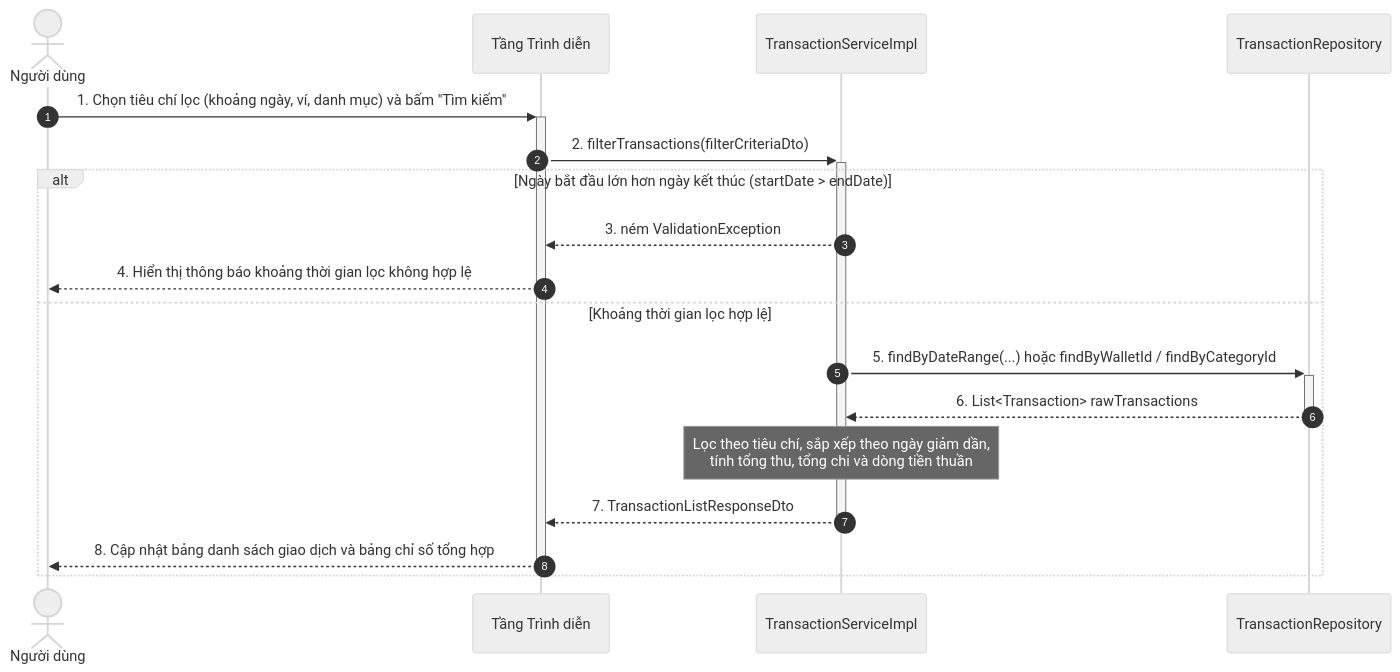
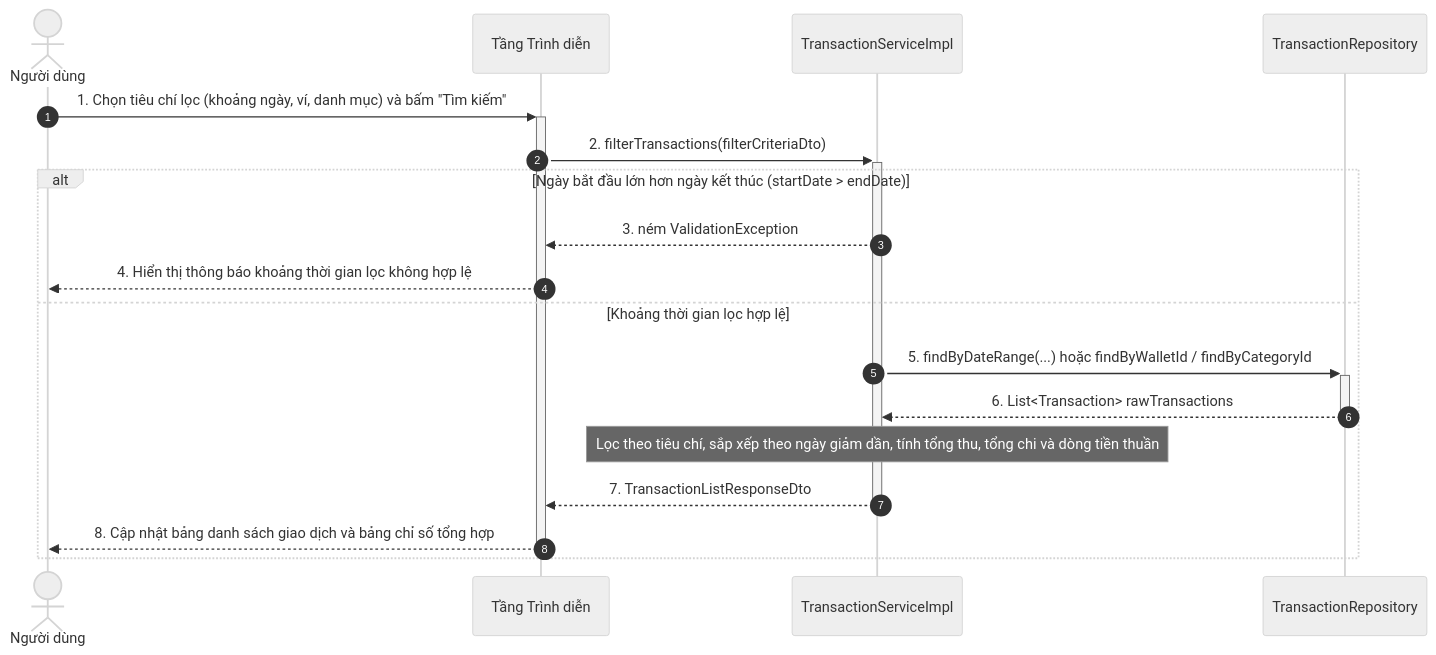
One commit to mynhleeh/pfms-oop changed the seventh of 21 diagrams in docs/object-oriented-design/05-so-do-tuong-tac-thiet-ke-sequence-diagram.md. Above: the diagram before and after it, drawn with Mermaid (neutral theme). The commit also changed 1 other file, not shown here.

Commit message:
fix(docs): correct formatting in sequence diagram and update DTO tables in user interface design documentation (07)

````diff
--- a/docs/object-oriented-design/05-so-do-tuong-tac-thiet-ke-sequence-diagram.md
+++ b/docs/object-oriented-design/05-so-do-tuong-tac-thiet-ke-sequence-diagram.md
@@ -353,21 +353,21 @@
 ```mermaid
 sequenceDiagram
     autonumber
     actor User as Người dùng
     participant GUI as Tầng Trình diễn
     participant TransactionService as TransactionServiceImpl
     participant TxnRepo as TransactionRepository
 
     User->>+GUI: 1. Chọn tiêu chí lọc (khoảng ngày, ví, danh mục) và bấm "Tìm kiếm"
     GUI->>+TransactionService: 2. filterTransactions(filterCriteriaDto)
     alt Ngày bắt đầu lớn hơn ngày kết thúc (startDate > endDate)
         TransactionService-->>GUI: 3. ném ValidationException
         GUI-->>User: 4. Hiển thị thông báo khoảng thời gian lọc không hợp lệ
     else Khoảng thời gian lọc hợp lệ
         TransactionService->>+TxnRepo: 5. findByDateRange(...) hoặc findByWalletId / findByCategoryId
         TxnRepo-->>-TransactionService: 6. List<Transaction> rawTransactions
-        Note over TransactionService: Lọc theo tiêu chí, sắp xếp theo ngày giảm dần,<br/>tính tổng thu, tổng chi và dòng tiền thuần
+        Note over TransactionService: Lọc theo tiêu chí, sắp xếp theo ngày giảm dần, tính tổng thu, tổng chi và dòng tiền thuần
         TransactionService-->>-GUI: 7. TransactionListResponseDto
         GUI-->>-User: 8. Cập nhật bảng danh sách giao dịch và bảng chỉ số tổng hợp
     end
 ```
````
